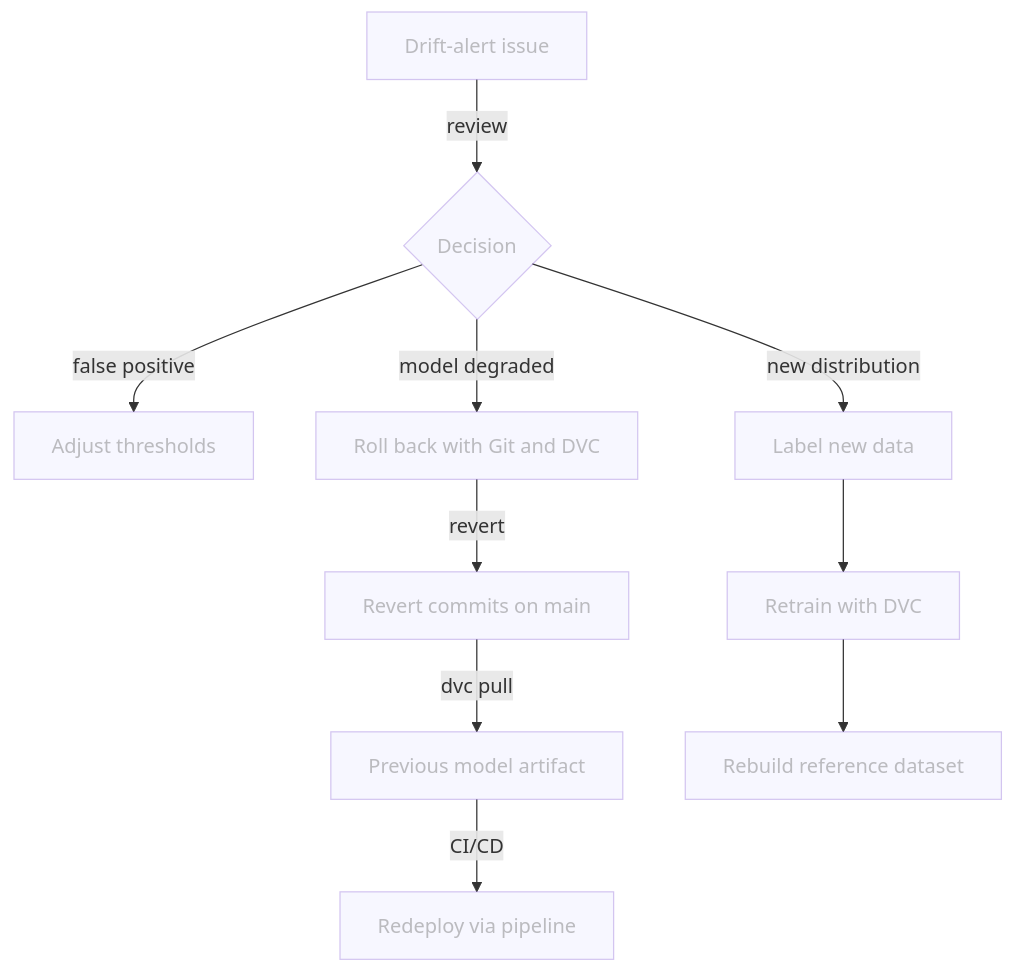
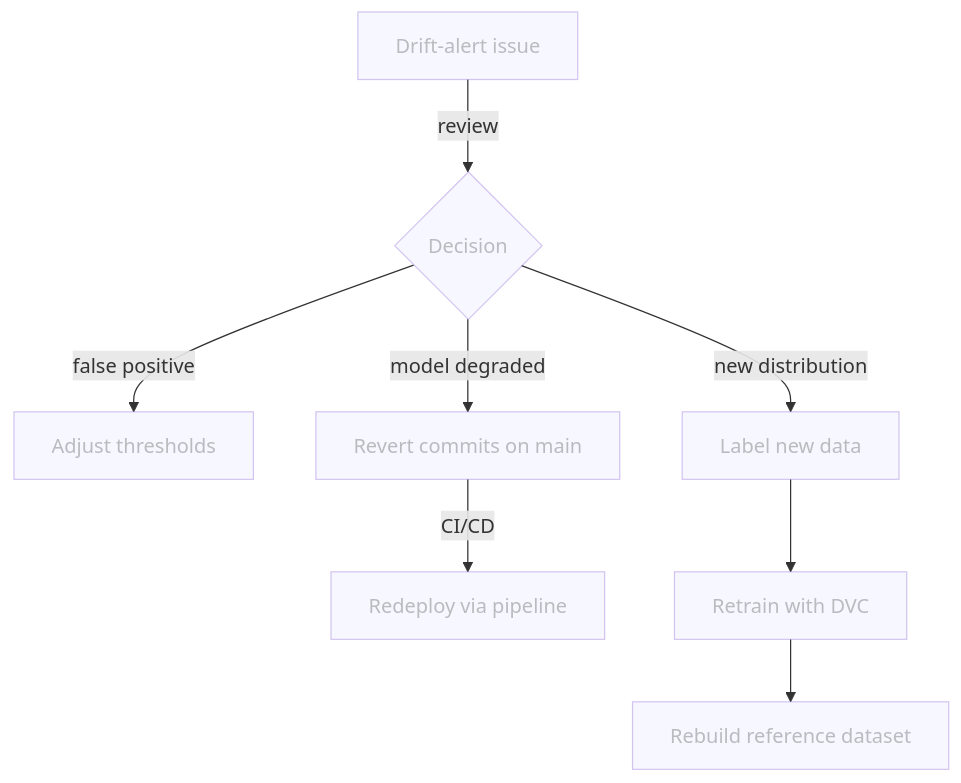
The diagram in docs/part-4-monitor-and-maintain/chapter-45-review-drift-alerts-and-decide-on-action.md (swiss-ai-center/a-guide-to-mlops), drawn with Mermaid before and after one commit.

Commit message:
Simplify the rollback branch of the decision diagram in chapter 4.5

````diff
--- a/docs/part-4-monitor-and-maintain/chapter-45-review-drift-alerts-and-decide-on-action.md
+++ b/docs/part-4-monitor-and-maintain/chapter-45-review-drift-alerts-and-decide-on-action.md
@@ -34,23 +34,19 @@
 ```mermaid
 flowchart TB
     issue[Drift-alert issue] -->|review| decision{Decision}
     decision -->|false positive| tune[Adjust thresholds]
-    decision -->|model degraded| rollback[Roll back with Git and DVC]
-    rollback -->|revert| git_rollback[Revert commits on main]
-    git_rollback -->|dvc pull| old_model[Previous model artifact]
-    old_model -->|CI/CD| redeploy[Redeploy via pipeline]
+    decision -->|model degraded| rollback[Revert commits on main]
+    rollback -->|CI/CD| redeploy[Redeploy via pipeline]
     decision -->|new distribution| label[Label new data]
     label --> retrain[Retrain with DVC]
     retrain --> new_reference[Rebuild reference dataset]
 
     style issue opacity:0.4,color:#7f7f7f80
     style decision opacity:0.4,color:#7f7f7f80
     style tune opacity:0.4,color:#7f7f7f80
     style rollback opacity:0.4,color:#7f7f7f80
-    style git_rollback opacity:0.4,color:#7f7f7f80
-    style old_model opacity:0.4,color:#7f7f7f80
     style redeploy opacity:0.4,color:#7f7f7f80
     style label opacity:0.4,color:#7f7f7f80
     style retrain opacity:0.4,color:#7f7f7f80
     style new_reference opacity:0.4,color:#7f7f7f80
 ```
````
